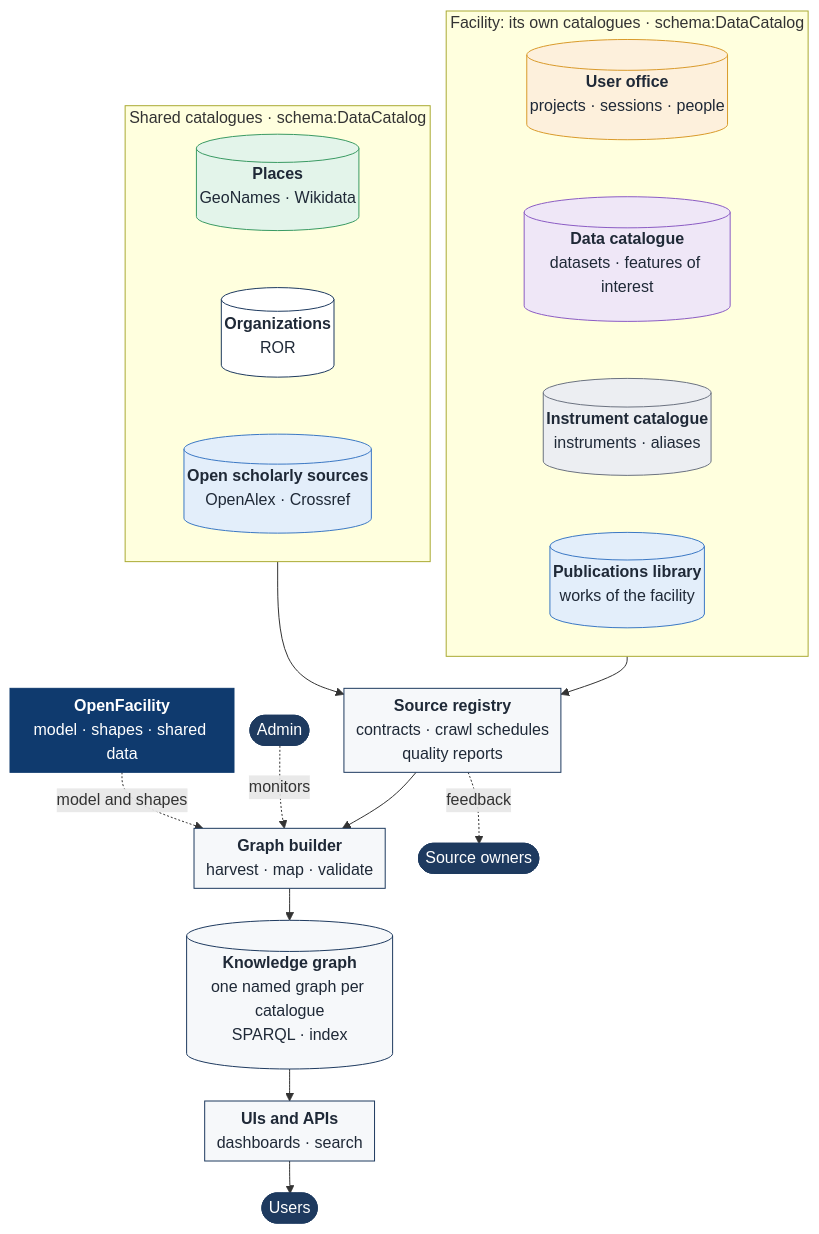
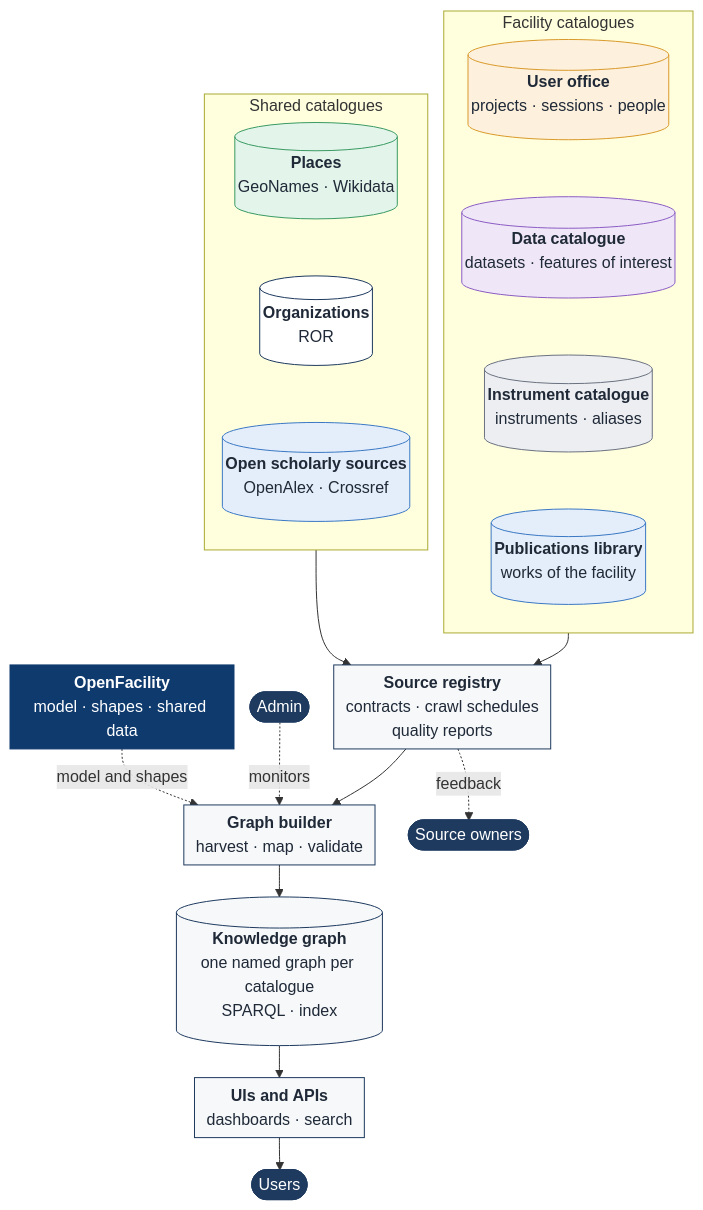
One commit to openfacility/.github changed the third of 5 diagrams in profile/README.md. Above: the diagram before and after it, drawn with Mermaid.

Commit message:
Wider catalogue cylinders and shorter group titles in the architecture graph

````diff
--- a/profile/README.md
+++ b/profile/README.md
@@ -75,55 +75,55 @@
 ```mermaid
 %%{init: {"flowchart": {"nodeSpacing": 16, "rankSpacing": 32, "padding": 6}}}%%
 flowchart TB
-  subgraph fac["Facility: its own catalogues · schema:DataCatalog"]
+  subgraph fac["Facility catalogues"]
     direction TB
-    uo[("<b>User office</b><br/>projects · sessions · people")]
-    dc[("<b>Data catalogue</b><br/>datasets · features of interest")]
-    ic[("<b>Instrument catalogue</b><br/>instruments · aliases")]
-    lib[("<b>Publications library</b><br/>works of the facility")]
+    uo[("<b>User#nbsp;office</b><br/>projects#nbsp;·#nbsp;sessions#nbsp;·#nbsp;people")]
+    dc[("<b>Data#nbsp;catalogue</b><br/>datasets#nbsp;·#nbsp;features#nbsp;of#nbsp;interest")]
+    ic[("<b>Instrument#nbsp;catalogue</b><br/>instruments#nbsp;·#nbsp;aliases")]
+    lib[("<b>Publications#nbsp;library</b><br/>works#nbsp;of#nbsp;the#nbsp;facility")]
   end
-  subgraph shr["Shared catalogues · schema:DataCatalog"]
+  subgraph shr["Shared catalogues"]
     direction TB
-    pl[("<b>Places</b><br/>GeoNames · Wikidata")]
+    pl[("<b>Places</b><br/>GeoNames#nbsp;·#nbsp;Wikidata")]
     og[("<b>Organizations</b><br/>ROR")]
-    ext[("<b>Open scholarly sources</b><br/>OpenAlex · Crossref")]
+    ext[("<b>Open#nbsp;scholarly#nbsp;sources</b><br/>OpenAlex#nbsp;·#nbsp;Crossref")]
   end
 
   reg["<b>Source registry</b><br/>contracts · crawl schedules<br/>quality reports"]
   bld["<b>Graph builder</b><br/>harvest · map · validate"]
   kg[("<b>Knowledge graph</b><br/>one named graph per catalogue<br/>SPARQL · index")]
   ui["<b>UIs and APIs</b><br/>dashboards · search"]
   of["<b>OpenFacility</b><br/>model · shapes · shared data"]
 
   owners(["Source owners"])
   admin(["Admin"])
   users(["Users"])
 
   uo ~~~ dc ~~~ ic ~~~ lib
   pl ~~~ og ~~~ ext
   fac --> reg
   shr --> reg
   reg --> bld --> kg --> ui --> users
   reg -. feedback .-> owners
   admin -. monitors .-> bld
   of -. model and shapes .-> bld
 
   classDef project fill:#fdf0dc,stroke:#d99a2b,color:#1f2937
   classDef dataset fill:#efe7f7,stroke:#8b5cc4,color:#1f2937
   classDef instrument fill:#eceef2,stroke:#6b7280,color:#1f2937
   classDef publication fill:#e3eefa,stroke:#3b78c4,color:#1f2937
   classDef place fill:#e3f4ea,stroke:#3a9a63,color:#1f2937
   classDef agent fill:#ffffff,stroke:#1e3a5f,color:#1f2937
   classDef comp fill:#f6f8fa,stroke:#1e3a5f,color:#1f2937
   classDef core fill:#0f3a6e,stroke:#0f3a6e,color:#ffffff
   classDef people fill:#1e3a5f,stroke:#1e3a5f,color:#ffffff
   class uo project
   class dc dataset
   class ic instrument
   class lib,ext publication
   class pl place
   class og agent
   class reg,bld,kg,ui comp
   class of core
   class owners,admin,users people
 ```
````
